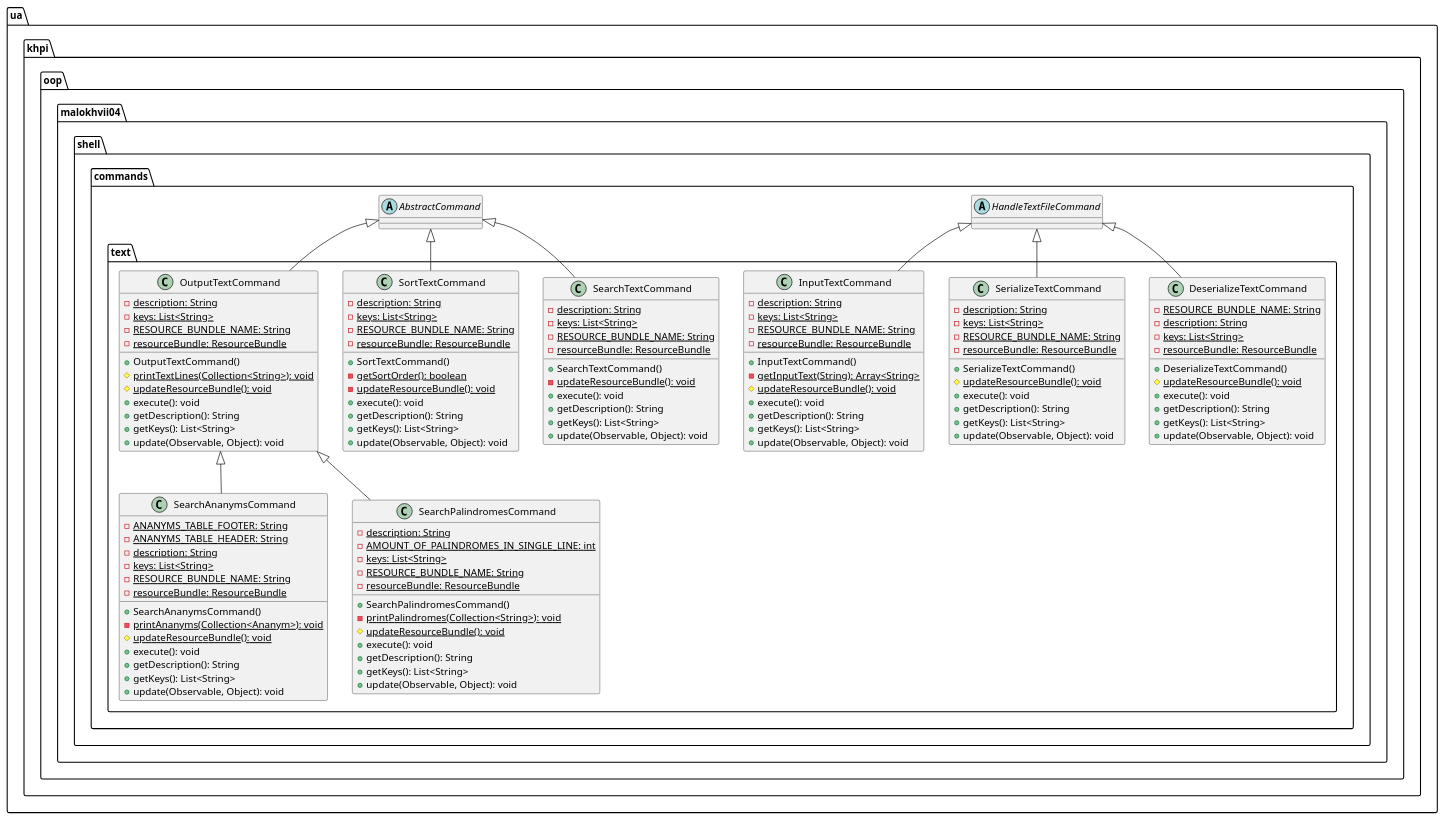
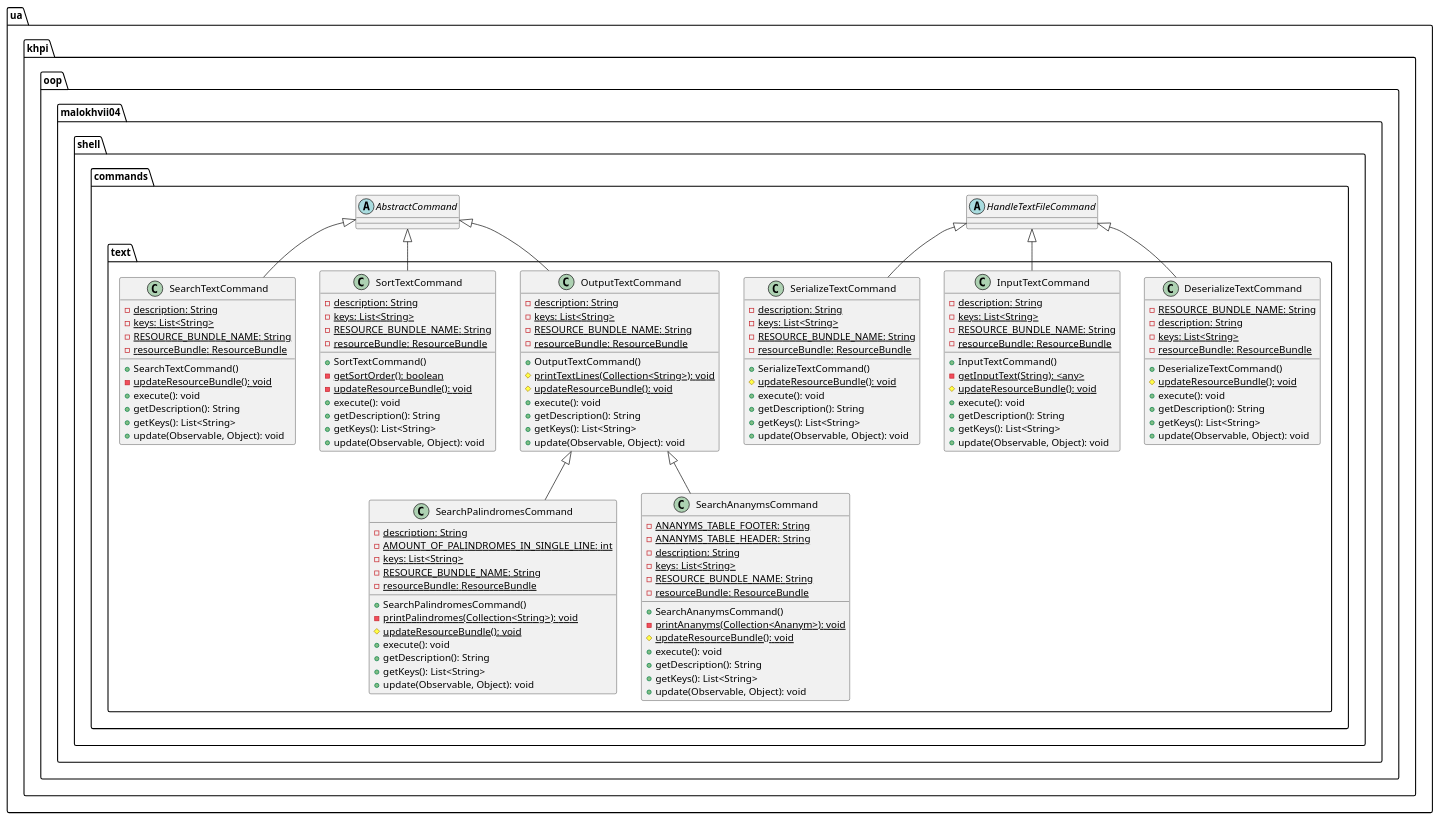
Before and after one commit to P-Kalin/kit26a: the diagram in malokhvii-eduard/malokhvii04/doc/plantuml/ua/khpi/oop/malokhvii04/shell/commands/text/package.puml, drawn with PlantUML. The commit also changed 37 other files, not shown here.

Commit message:
#1, #3 malokhvii04: update graphs

```diff
--- a/malokhvii-eduard/malokhvii04/doc/plantuml/ua/khpi/oop/malokhvii04/shell/commands/text/package.puml
+++ b/malokhvii-eduard/malokhvii04/doc/plantuml/ua/khpi/oop/malokhvii04/shell/commands/text/package.puml
@@ -1,137 +1,137 @@
 @startuml
 
     namespace ua.khpi.oop.malokhvii04.shell.commands.text {
 
         class DeserializeTextCommand {
             {static} -RESOURCE_BUNDLE_NAME: String
             {static} -description: String
             {static} -keys: List<String>
             {static} -resourceBundle: ResourceBundle
             +DeserializeTextCommand()
-            {static} #updateResourceBundle(): void
-            +execute(): void
-            +getDescription(): String
-            +getKeys(): List<String>
-            +update(Observable, Object): void
-        }
-
-        class SerializeTextCommand {
-            {static} -description: String
-            {static} -keys: List<String>
-            {static} -RESOURCE_BUNDLE_NAME: String
-            {static} -resourceBundle: ResourceBundle
-            +SerializeTextCommand()
-            {static} #updateResourceBundle(): void
-            +execute(): void
-            +getDescription(): String
-            +getKeys(): List<String>
-            +update(Observable, Object): void
-        }
-
-        class OutputTextCommand {
-            {static} -description: String
-            {static} -keys: List<String>
-            {static} -RESOURCE_BUNDLE_NAME: String
-            {static} -resourceBundle: ResourceBundle
-            +OutputTextCommand()
-            {static} #printTextLines(Collection<String>): void
-            {static} #updateResourceBundle(): void
-            +execute(): void
-            +getDescription(): String
-            +getKeys(): List<String>
-            +update(Observable, Object): void
-        }
-
-        class SearchAnanymsCommand {
-            {static} -ANANYMS_TABLE_FOOTER: String
-            {static} -ANANYMS_TABLE_HEADER: String
-            {static} -description: String
-            {static} -keys: List<String>
-            {static} -RESOURCE_BUNDLE_NAME: String
-            {static} -resourceBundle: ResourceBundle
-            +SearchAnanymsCommand()
-            {static} -printAnanyms(Collection<Ananym>): void
-            {static} #updateResourceBundle(): void
-            +execute(): void
-            +getDescription(): String
-            +getKeys(): List<String>
-            +update(Observable, Object): void
-        }
-
-        class InputTextCommand {
-            {static} -description: String
-            {static} -keys: List<String>
-            {static} -RESOURCE_BUNDLE_NAME: String
-            {static} -resourceBundle: ResourceBundle
-            +InputTextCommand()
-            {static} -getInputText(String): Array<String>
             {static} #updateResourceBundle(): void
             +execute(): void
             +getDescription(): String
             +getKeys(): List<String>
             +update(Observable, Object): void
         }
 
         class SortTextCommand {
             {static} -description: String
             {static} -keys: List<String>
             {static} -RESOURCE_BUNDLE_NAME: String
             {static} -resourceBundle: ResourceBundle
             +SortTextCommand()
             {static} -getSortOrder(): boolean
             {static} -updateResourceBundle(): void
             +execute(): void
             +getDescription(): String
             +getKeys(): List<String>
             +update(Observable, Object): void
         }
 
         class SearchPalindromesCommand {
             {static} -description: String
             {static} -AMOUNT_OF_PALINDROMES_IN_SINGLE_LINE: int
             {static} -keys: List<String>
             {static} -RESOURCE_BUNDLE_NAME: String
             {static} -resourceBundle: ResourceBundle
             +SearchPalindromesCommand()
             {static} -printPalindromes(Collection<String>): void
             {static} #updateResourceBundle(): void
             +execute(): void
             +getDescription(): String
             +getKeys(): List<String>
             +update(Observable, Object): void
         }
 
+        class SearchAnanymsCommand {
+            {static} -ANANYMS_TABLE_FOOTER: String
+            {static} -ANANYMS_TABLE_HEADER: String
+            {static} -description: String
+            {static} -keys: List<String>
+            {static} -RESOURCE_BUNDLE_NAME: String
+            {static} -resourceBundle: ResourceBundle
+            +SearchAnanymsCommand()
+            {static} -printAnanyms(Collection<Ananym>): void
+            {static} #updateResourceBundle(): void
+            +execute(): void
+            +getDescription(): String
+            +getKeys(): List<String>
+            +update(Observable, Object): void
+        }
+
         class SearchTextCommand {
             {static} -description: String
             {static} -keys: List<String>
             {static} -RESOURCE_BUNDLE_NAME: String
             {static} -resourceBundle: ResourceBundle
             +SearchTextCommand()
             {static} -updateResourceBundle(): void
             +execute(): void
             +getDescription(): String
             +getKeys(): List<String>
             +update(Observable, Object): void
         }
 
+        class OutputTextCommand {
+            {static} -description: String
+            {static} -keys: List<String>
+            {static} -RESOURCE_BUNDLE_NAME: String
+            {static} -resourceBundle: ResourceBundle
+            +OutputTextCommand()
+            {static} #printTextLines(Collection<String>): void
+            {static} #updateResourceBundle(): void
+            +execute(): void
+            +getDescription(): String
+            +getKeys(): List<String>
+            +update(Observable, Object): void
+        }
+
+        class InputTextCommand {
+            {static} -description: String
+            {static} -keys: List<String>
+            {static} -RESOURCE_BUNDLE_NAME: String
+            {static} -resourceBundle: ResourceBundle
+            +InputTextCommand()
+            {static} -getInputText(String): <any>
+            {static} #updateResourceBundle(): void
+            +execute(): void
+            +getDescription(): String
+            +getKeys(): List<String>
+            +update(Observable, Object): void
+        }
+
+        class SerializeTextCommand {
+            {static} -description: String
+            {static} -keys: List<String>
+            {static} -RESOURCE_BUNDLE_NAME: String
+            {static} -resourceBundle: ResourceBundle
+            +SerializeTextCommand()
+            {static} #updateResourceBundle(): void
+            +execute(): void
+            +getDescription(): String
+            +getKeys(): List<String>
+            +update(Observable, Object): void
+        }
+
         abstract class ua.khpi.oop.malokhvii04.shell.commands.HandleTextFileCommand
         ua.khpi.oop.malokhvii04.shell.commands.HandleTextFileCommand <|-- DeserializeTextCommand
 
-        ua.khpi.oop.malokhvii04.shell.commands.HandleTextFileCommand <|-- SerializeTextCommand
-
         abstract class ua.khpi.oop.malokhvii04.shell.commands.AbstractCommand
-        ua.khpi.oop.malokhvii04.shell.commands.AbstractCommand <|-- OutputTextCommand
-
-        OutputTextCommand <|-- SearchAnanymsCommand
-
-        ua.khpi.oop.malokhvii04.shell.commands.HandleTextFileCommand <|-- InputTextCommand
-
         ua.khpi.oop.malokhvii04.shell.commands.AbstractCommand <|-- SortTextCommand
 
         OutputTextCommand <|-- SearchPalindromesCommand
 
+        OutputTextCommand <|-- SearchAnanymsCommand
+
         ua.khpi.oop.malokhvii04.shell.commands.AbstractCommand <|-- SearchTextCommand
+
+        ua.khpi.oop.malokhvii04.shell.commands.AbstractCommand <|-- OutputTextCommand
+
+        ua.khpi.oop.malokhvii04.shell.commands.HandleTextFileCommand <|-- InputTextCommand
+
+        ua.khpi.oop.malokhvii04.shell.commands.HandleTextFileCommand <|-- SerializeTextCommand
 
     }
 
 @enduml
```
